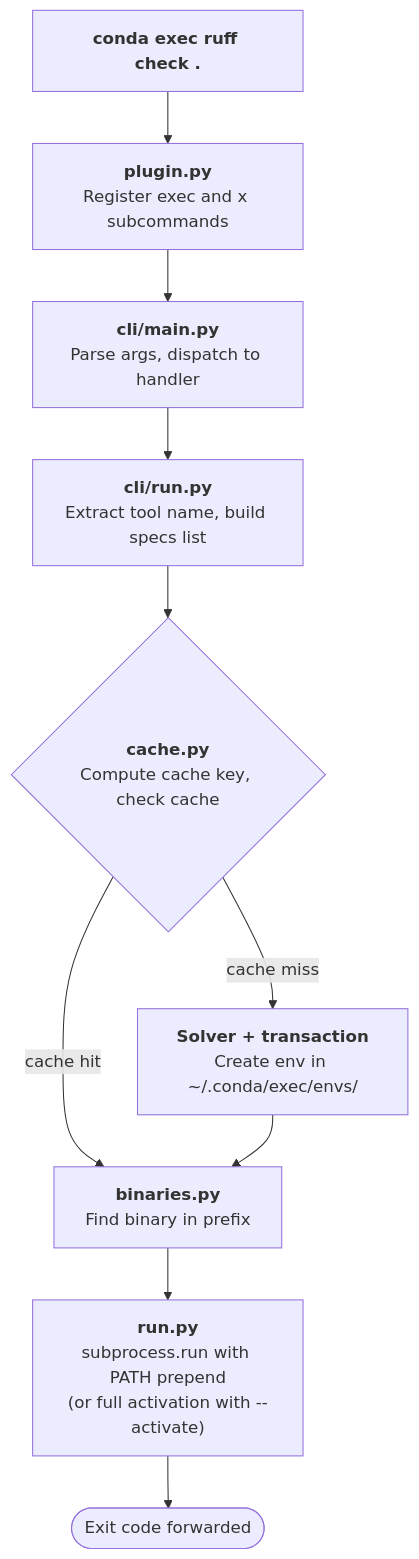
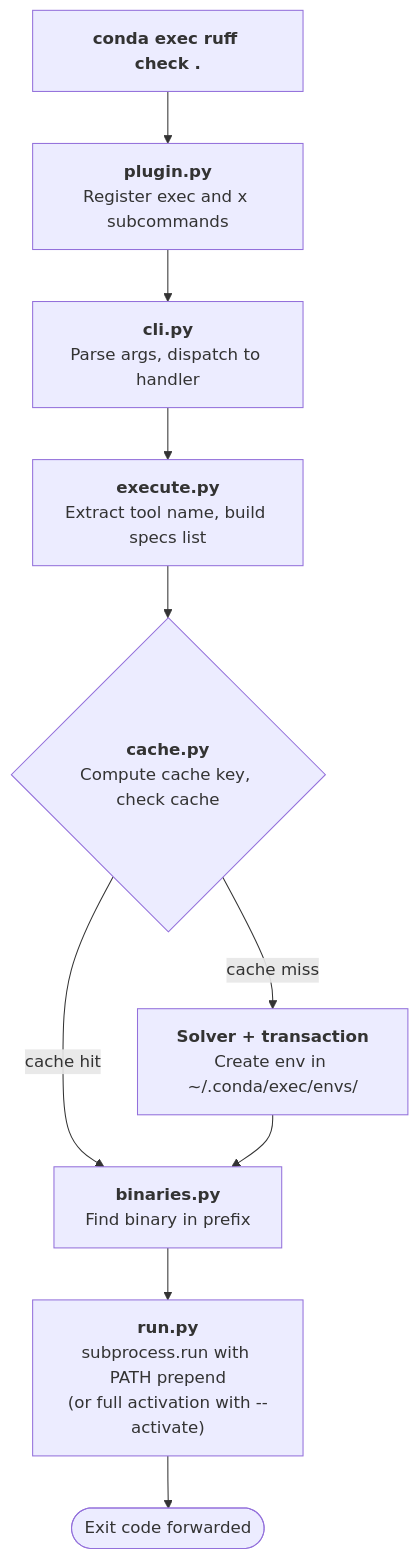
One commit to conda-incubator/conda-exec changed the first of 2 diagrams in docs/explanation/architecture.md. Above: the diagram before and after it, drawn with Mermaid. The commit also changed other lines of this file and 9 other files, not shown here.

````diff
--- a/docs/explanation/architecture.md
+++ b/docs/explanation/architecture.md
@@ -9,12 +11,12 @@
 ```{mermaid}
 flowchart TD
     A["<b>conda exec ruff check .</b>"] --> B["<b>plugin.py</b><br>Register exec and x subcommands"]
-    B --> C["<b>cli/main.py</b><br>Parse args, dispatch to handler"]
-    C --> D["<b>cli/run.py</b><br>Extract tool name, build specs list"]
+    B --> C["<b>cli.py</b><br>Parse args, dispatch to handler"]
+    C --> D["<b>execute.py</b><br>Extract tool name, build specs list"]
     D --> E{"<b>cache.py</b><br>Compute cache key, check cache"}
     E -- cache hit --> F["<b>binaries.py</b><br>Find binary in prefix"]
     E -- cache miss --> G["<b>Solver + transaction</b><br>Create env in ~/.conda/exec/envs/"]
     G --> F
     F --> H["<b>run.py</b><br>subprocess.run with PATH prepend<br>(or full activation with --activate)"]
     H --> I(["Exit code forwarded"])
 ```
````
